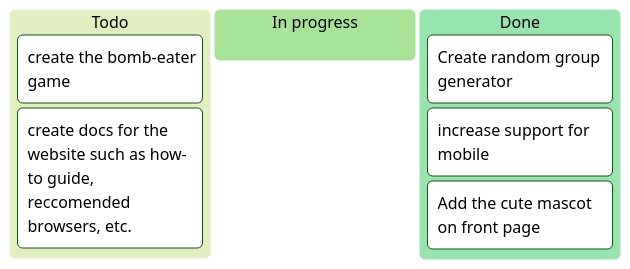
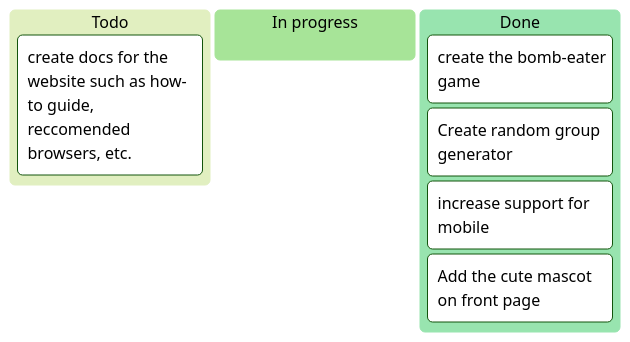
One commit to MrCheesie/alris_games changed the diagram in README.md. Above: the diagram before and after it, drawn with Mermaid (forest theme). The commit also changed other lines of this file, not shown here.

````diff
--- a/README.md
+++ b/README.md
@@ -61,11 +59,11 @@
 ```mermaid
 kanban
   Todo
-    [create the bomb-eater game]
     [create docs for the website such as how-to guide, reccomended browsers, etc.]
   In progress
   Done
+    [create the bomb-eater game]
     [Create random group generator]
     [increase support for mobile]
     [Add the cute mascot on front page]
 ```
````
